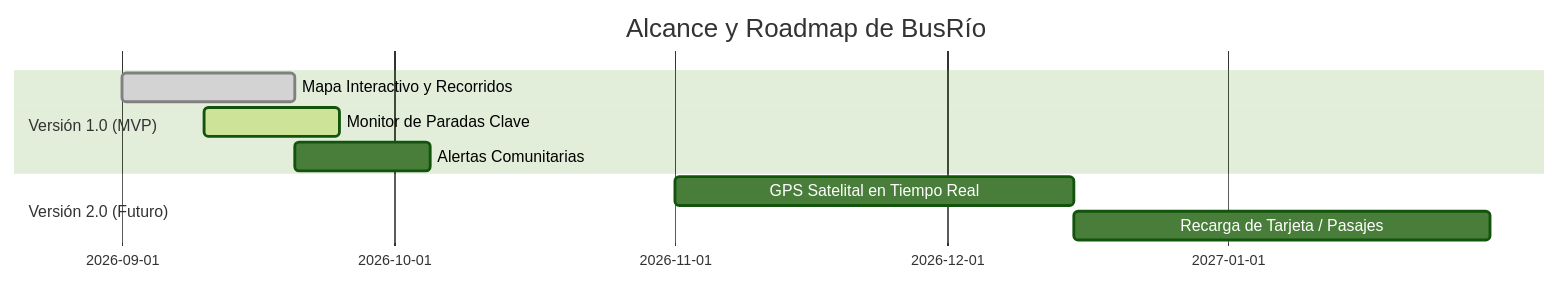
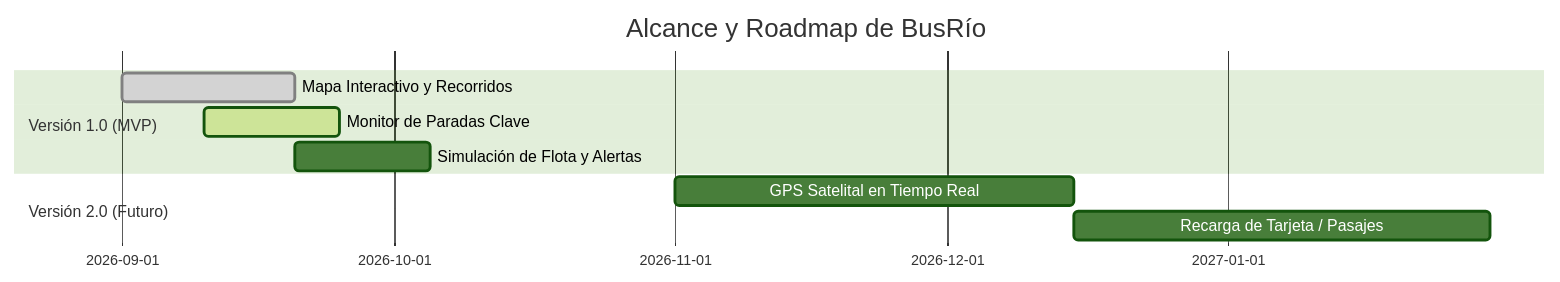
Before and after one commit to tadeo1106/EFI-programacion-2: the diagram in contexto actividad/INVESTIGACION_BUSRIO_EFI.md, drawn with Mermaid (forest theme). The commit also changed other lines of this file and 1 other file, not shown here.

````diff
--- a/contexto actividad/INVESTIGACION_BUSRIO_EFI.md
+++ b/contexto actividad/INVESTIGACION_BUSRIO_EFI.md
@@ -121,12 +153,12 @@
 ```mermaid
 gantt
     title Alcance y Roadmap de BusRío
     dateFormat  YYYY-MM-DD
     section Versión 1.0 (MVP)
     Mapa Interactivo y Recorridos :done, 2026-09-01, 2026-09-20
     Monitor de Paradas Clave       :active, 2026-09-10, 2026-09-25
-    Alertas Comunitarias          : 2026-09-20, 2026-10-05
+    Simulación de Flota y Alertas : 2026-09-20, 2026-10-05
     section Versión 2.0 (Futuro)
     GPS Satelital en Tiempo Real  : 2026-11-01, 2026-12-15
     Recarga de Tarjeta / Pasajes  : 2026-12-15, 2027-01-30
 ```
````
